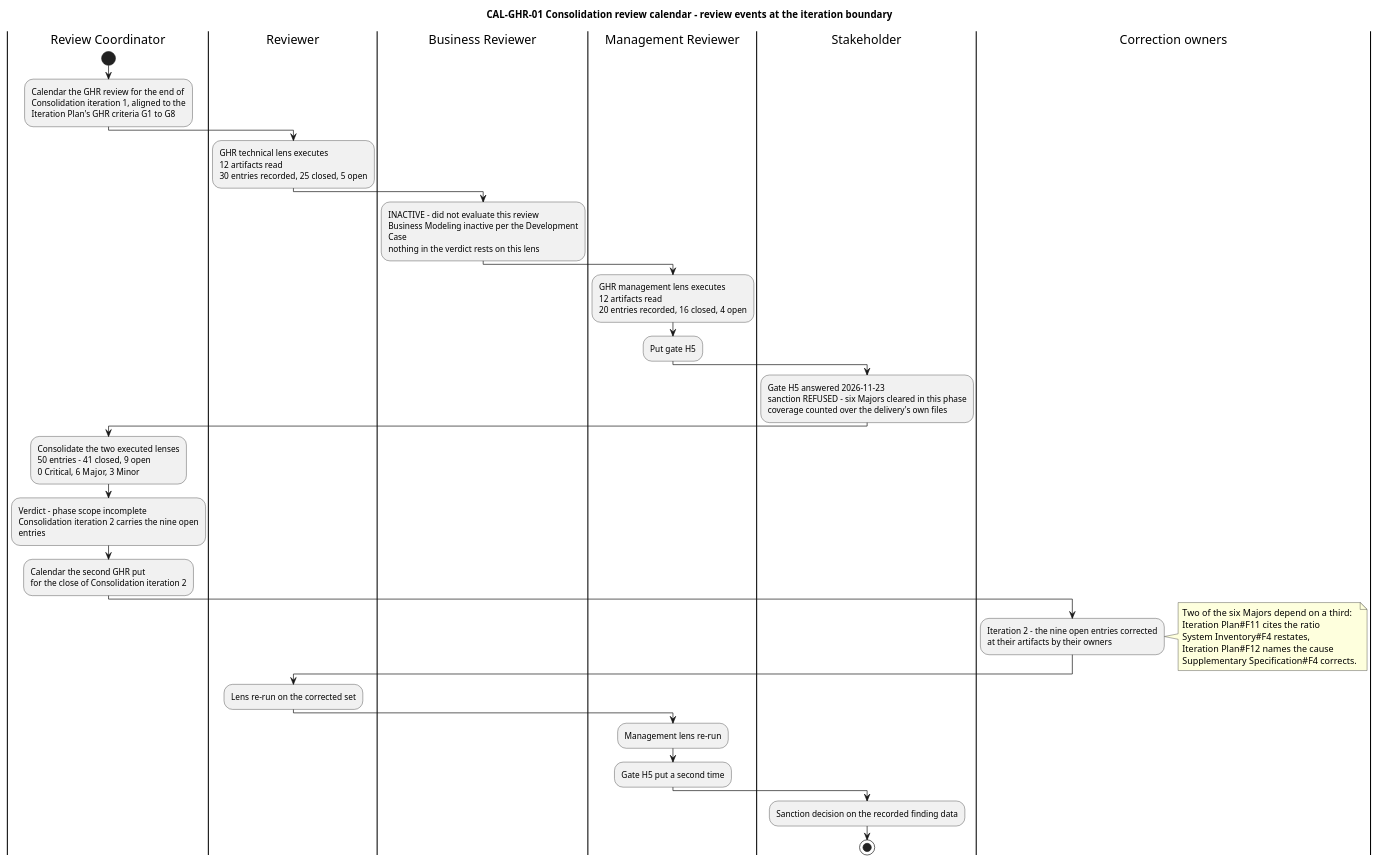
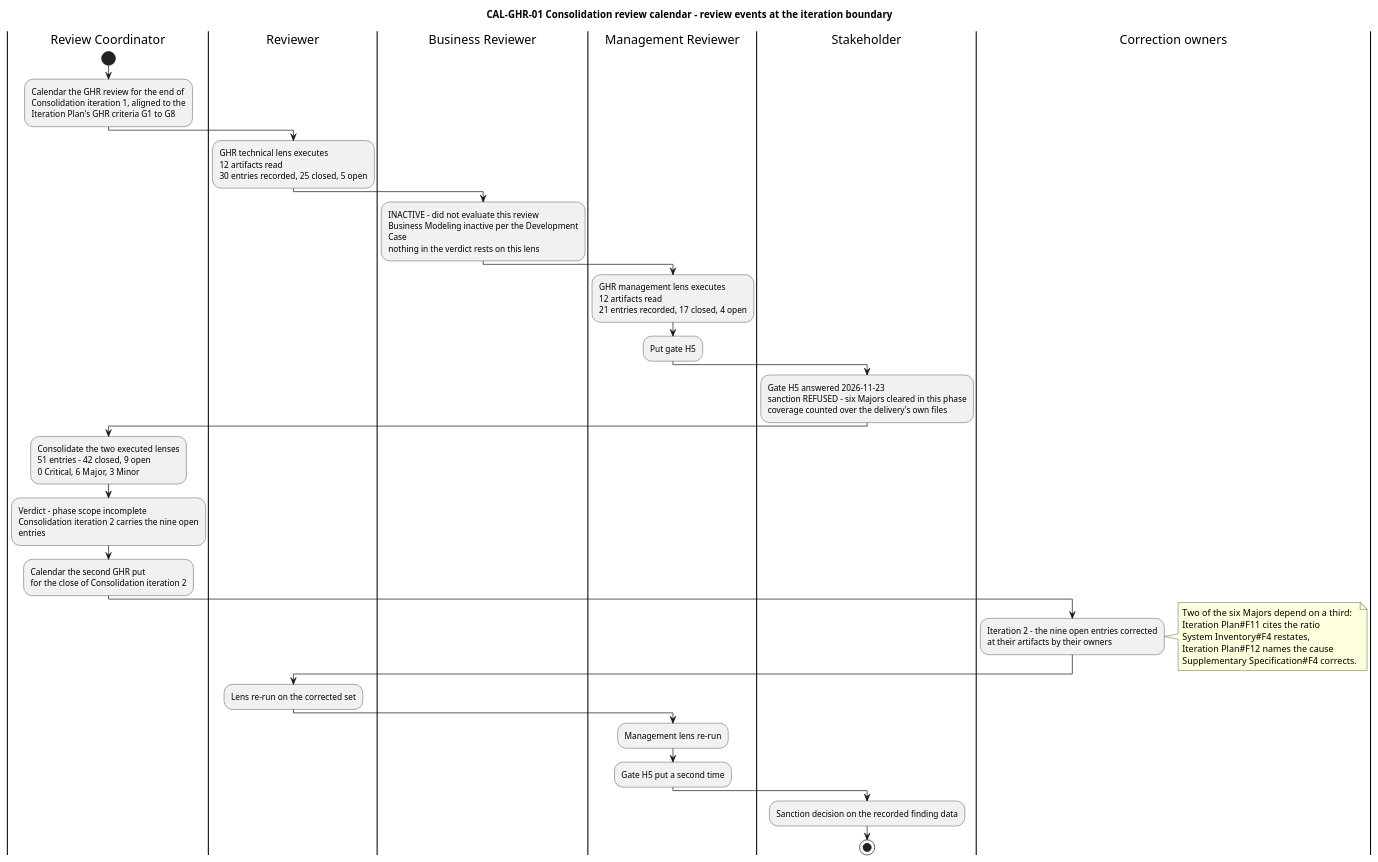
Before and after one commit to banense-test/TodoApp: the ninth of 13 diagrams in docs/artifacts/project-management/review-record.md, drawn with PlantUML.

Commit message:
Review Coordinator [Consolidation1]: upsert Review Record
[skip ci]

````diff
--- a/docs/artifacts/project-management/review-record.md
+++ b/docs/artifacts/project-management/review-record.md
@@ -887,67 +887,67 @@
 ```plantuml
 @startuml
 title CAL-GHR-01 Consolidation review calendar - review events at the iteration boundary
 skinparam shadowing false
 skinparam wrapWidth 300
 
 |Review Coordinator|
 start
 :Calendar the GHR review for the end of
 Consolidation iteration 1, aligned to the
 Iteration Plan's GHR criteria G1 to G8;
 
 |Reviewer|
 :GHR technical lens executes
 12 artifacts read
 30 entries recorded, 25 closed, 5 open;
 
 |Business Reviewer|
 :INACTIVE - did not evaluate this review
 Business Modeling inactive per the Development Case
 nothing in the verdict rests on this lens;
 
 |Management Reviewer|
 :GHR management lens executes
 12 artifacts read
-20 entries recorded, 16 closed, 4 open;
+21 entries recorded, 17 closed, 4 open;
 :Put gate H5;
 
 |Stakeholder|
 :Gate H5 answered 2026-11-23
 sanction REFUSED - six Majors cleared in this phase
 coverage counted over the delivery's own files;
 
 |Review Coordinator|
 :Consolidate the two executed lenses
-50 entries - 41 closed, 9 open
+51 entries - 42 closed, 9 open
 0 Critical, 6 Major, 3 Minor;
 :Verdict - phase scope incomplete
 Consolidation iteration 2 carries the nine open entries;
 :Calendar the second GHR put
 for the close of Consolidation iteration 2;
 
 |Correction owners|
 :Iteration 2 - the nine open entries corrected
 at their artifacts by their owners;
 
 note right
   Two of the six Majors depend on a third:
   Iteration Plan#F11 cites the ratio
   System Inventory#F4 restates,
   Iteration Plan#F12 names the cause
   Supplementary Specification#F4 corrects.
 end note
 
 |Reviewer|
 :Lens re-run on the corrected set;
 
 |Management Reviewer|
 :Management lens re-run;
 :Gate H5 put a second time;
 
 |Stakeholder|
 :Sanction decision on the recorded finding data;
 
 stop
 @enduml
 ```
````
